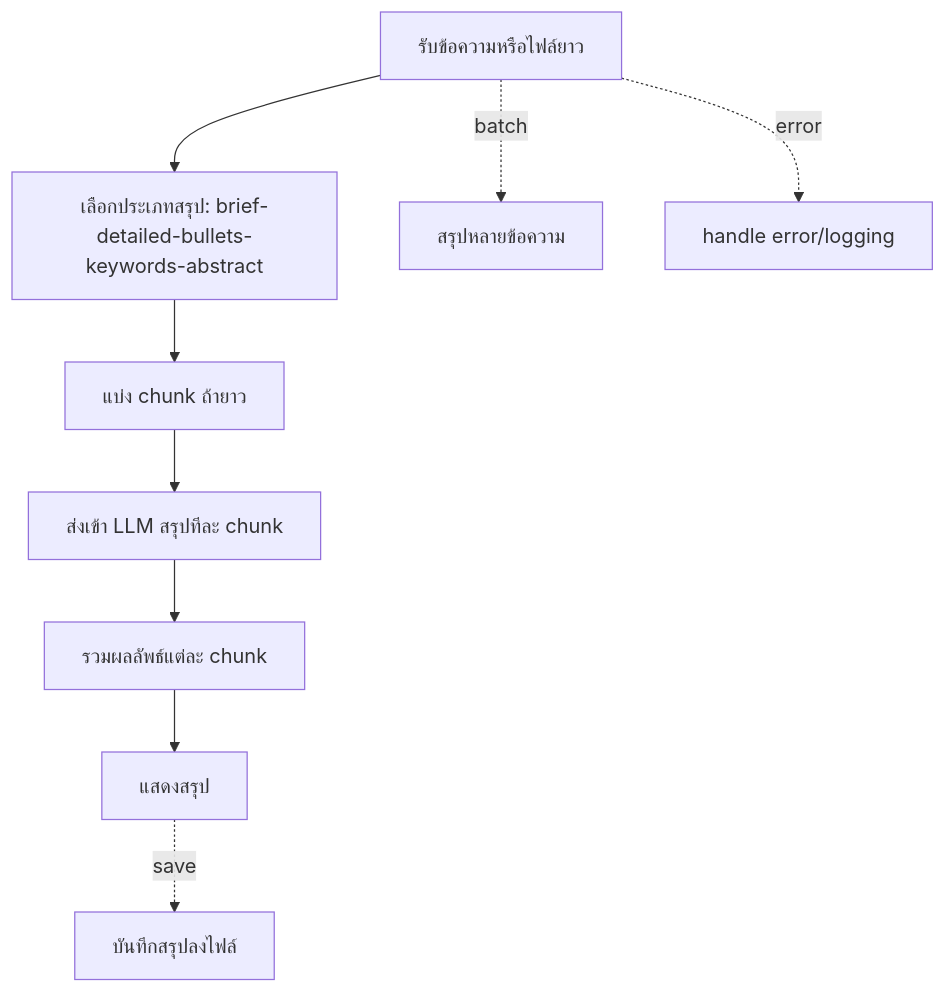
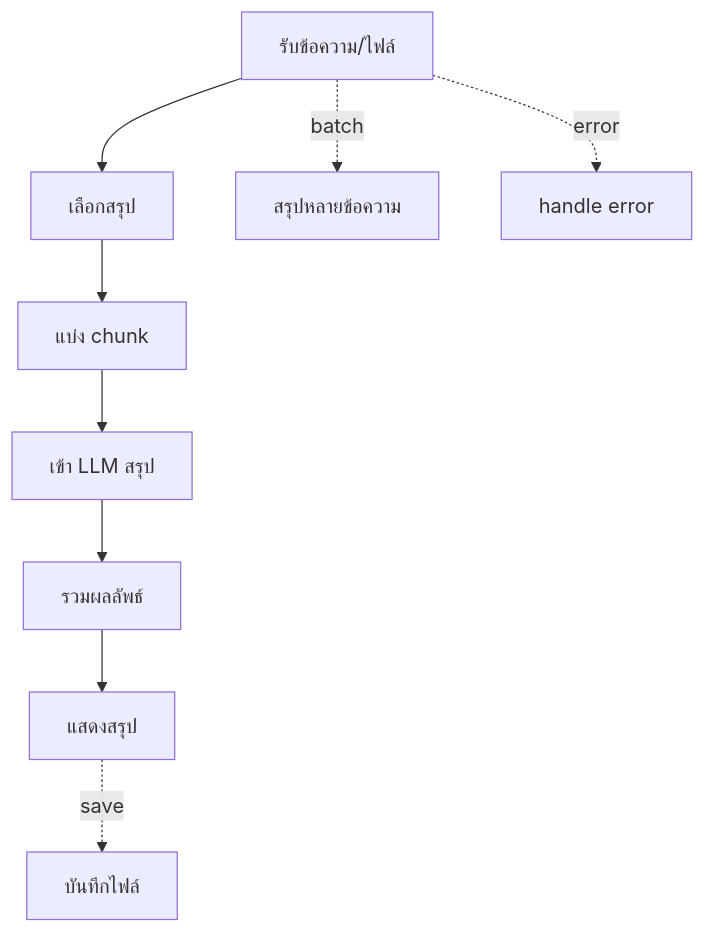
Before and after one commit to JonusNattapong/LangChainOllama: diagram 14 of 16 in README.md, drawn with Mermaid. The commit also changed other lines of this file, not shown here.

Commit message:
refactor: Simplify and clarify flow diagrams in README for better readability

````diff
--- a/README.md
+++ b/README.md
@@ -516,11 +516,11 @@
 ```mermaid
 graph TD
-    A[รับข้อความหรือไฟล์ยาว] --> B[เลือกประเภทสรุป: brief-detailed-bullets-keywords-abstract]
-    B --> C[แบ่ง chunk ถ้ายาว]
-    C --> D[ส่งเข้า LLM สรุปทีละ chunk]
-    D --> E[รวมผลลัพธ์แต่ละ chunk]
+    A[รับข้อความ/ไฟล์] --> B[เลือกสรุป]
+    B --> C[แบ่ง chunk]
+    C --> D[เข้า LLM สรุป]
+    D --> E[รวมผลลัพธ์]
     E --> F[แสดงสรุป]
-    F -. save .-> G[บันทึกสรุปลงไฟล์]
+    F -. save .-> G[บันทึกไฟล์]
     A -. batch .-> H[สรุปหลายข้อความ]
-    A -. error .-> I[handle error/logging]
+    A -. error .-> I[handle error]
 ```
````
